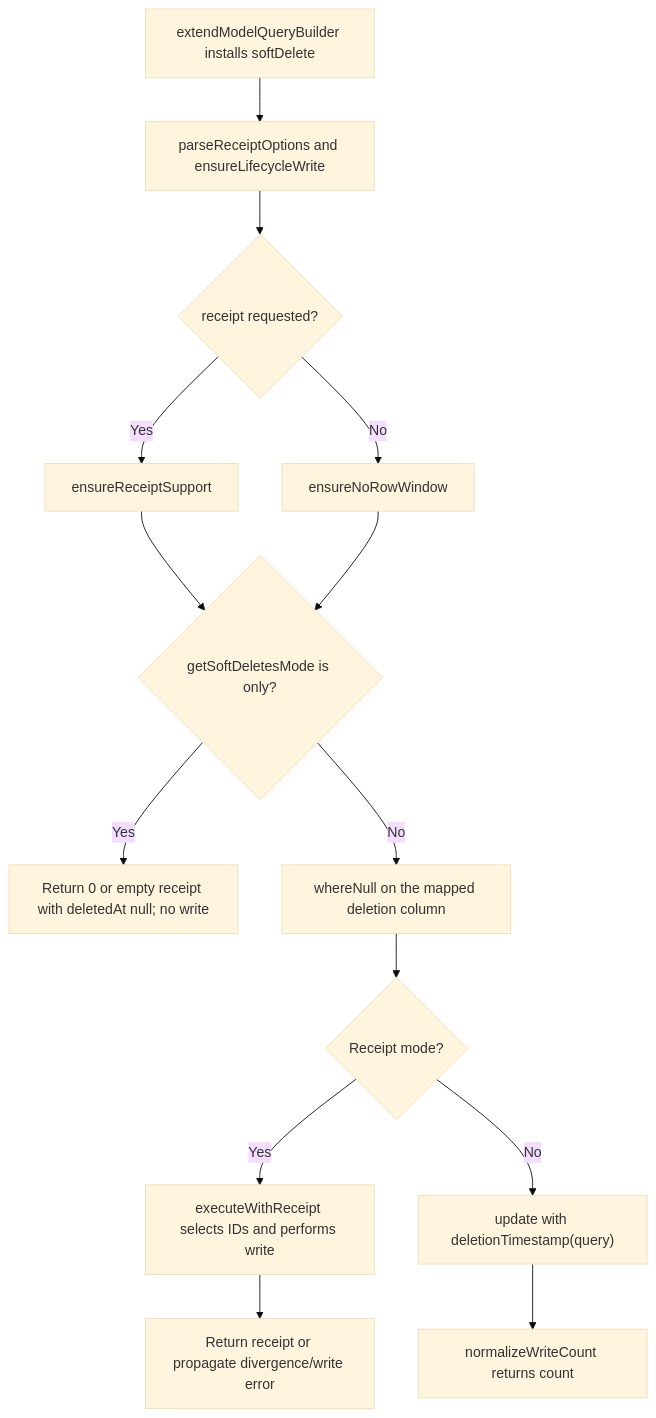
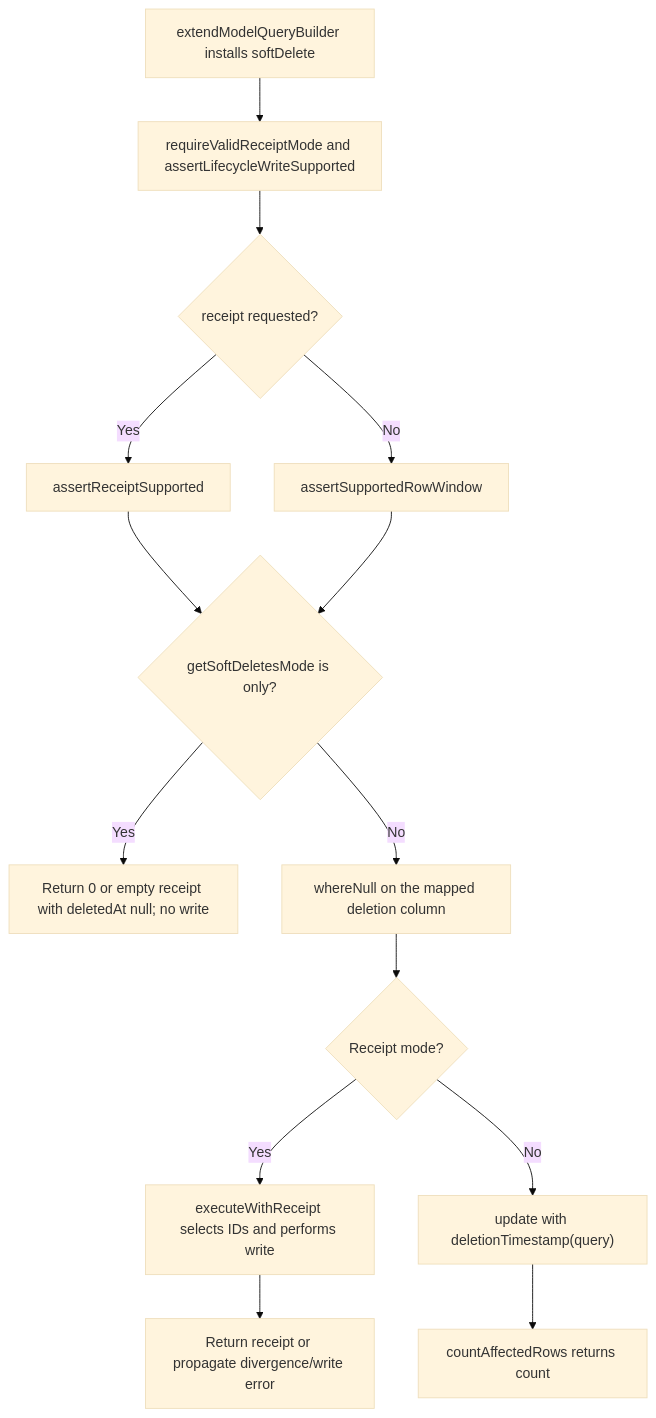
Before and after one commit to Kevinjohn/oss-adonisjs-lucid-soft-delete: the second of 2 diagrams in user-stories/bulk-operations/us-app-05-bulk-lifecycle.md, drawn with Mermaid (base theme). The commit also changed 34 other files, not shown here.

````diff
--- a/user-stories/bulk-operations/us-app-05-bulk-lifecycle.md
+++ b/user-stories/bulk-operations/us-app-05-bulk-lifecycle.md
@@ -41,16 +41,16 @@
 ```mermaid
 flowchart TD
-    A["extendModelQueryBuilder installs softDelete"] --> B["parseReceiptOptions and ensureLifecycleWrite"]
+    A["extendModelQueryBuilder installs softDelete"] --> B["requireValidReceiptMode and assertLifecycleWriteSupported"]
     B --> C{"receipt requested?"}
-    C -->|Yes| D["ensureReceiptSupport"]
-    C -->|No| E["ensureNoRowWindow"]
+    C -->|Yes| D["assertReceiptSupported"]
+    C -->|No| E["assertSupportedRowWindow"]
     D --> L{"getSoftDeletesMode is only?"}
     E --> L
     L -->|Yes| M["Return 0 or empty receipt with deletedAt null; no write"]
     L -->|No| F["whereNull on the mapped deletion column"]
     F --> G{"Receipt mode?"}
     G -->|Yes| H["executeWithReceipt selects IDs and performs write"]
     G -->|No| I["update with deletionTimestamp(query)"]
     H --> J["Return receipt or propagate divergence/write error"]
-    I --> K["normalizeWriteCount returns count"]
+    I --> K["countAffectedRows returns count"]
 ```
````
